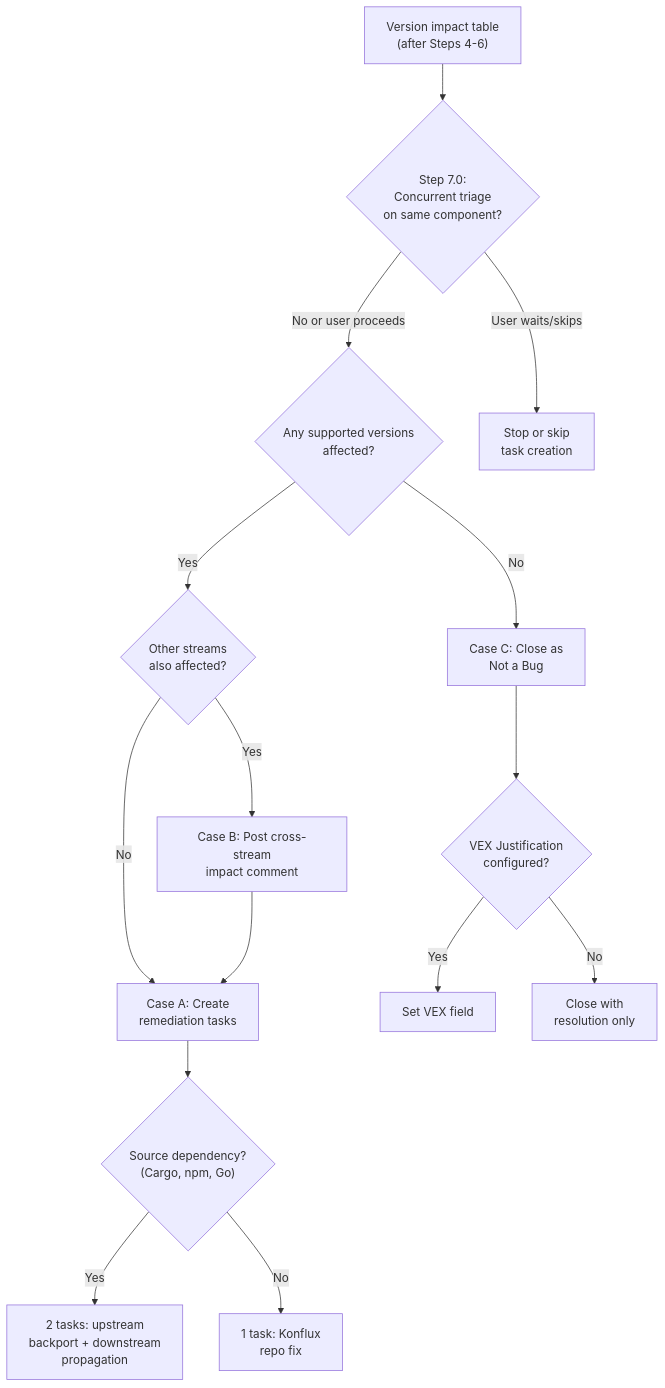
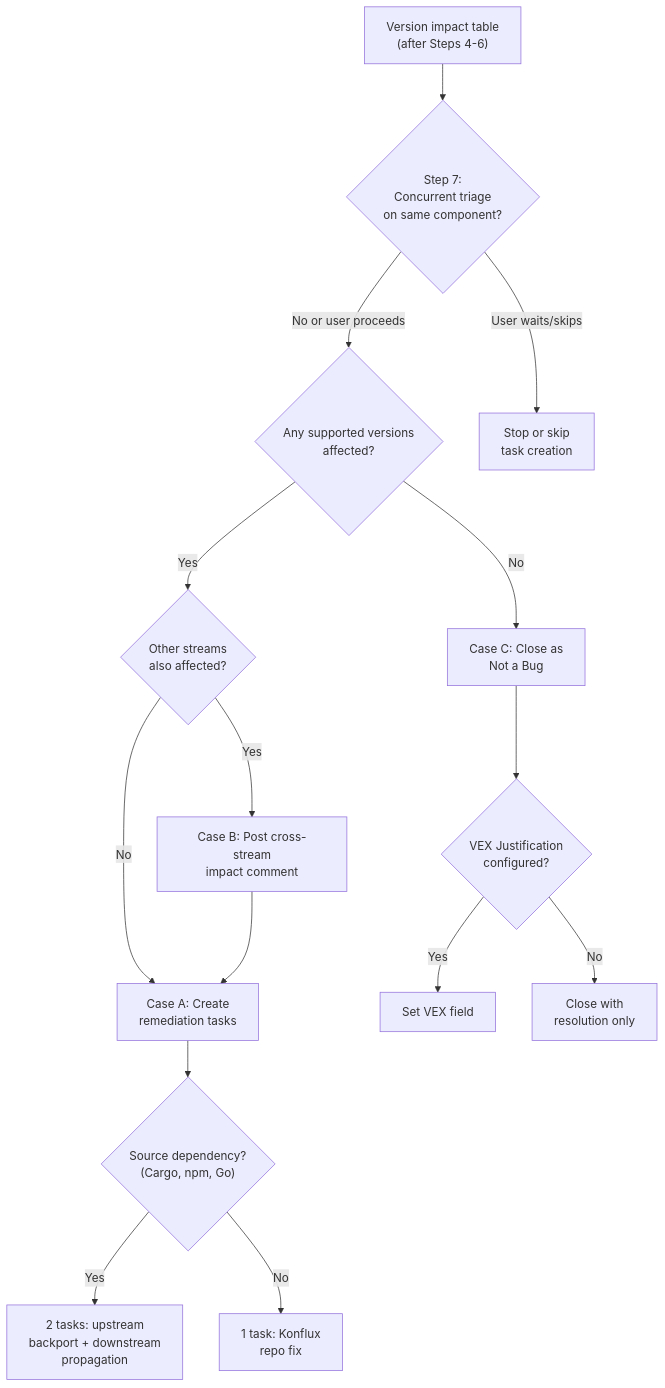
One commit to RHEcosystemAppEng/sdlc-plugins changed the third of 3 diagrams in plugins/sdlc-workflow/skills/triage-security/SKILL.md. Above: the diagram before and after it, drawn with Mermaid. The commit also changed other lines of this file and 4 other files, not shown here.

First line of the commit message:
fix(triage-security): renumber Step 7.0/7 to Step 7/8 for consistent sequencing

````diff
--- a/plugins/sdlc-workflow/skills/triage-security/SKILL.md
+++ b/plugins/sdlc-workflow/skills/triage-security/SKILL.md
@@ -537,17 +537,17 @@
 ```mermaid
 flowchart TD
-    A["Version impact table\n(after Steps 4-6)"] --> Z{"Step 7.0:\nConcurrent triage\non same component?"}
+    A["Version impact table\n(after Steps 4-6)"] --> Z{"Step 7:\nConcurrent triage\non same component?"}
     Z -->|No or user proceeds| B{"Any supported versions\naffected?"}
     Z -->|User waits/skips| STOP["Stop or skip\ntask creation"]
     B -->|Yes| C{"Other streams\nalso affected?"}
     B -->|No| D["Case C: Close as\nNot a Bug"]
     C -->|Yes| E["Case B: Post cross-stream\nimpact comment"]
     C -->|No| F["Case A: Create\nremediation tasks"]
     E --> F
     F --> G{"Source dependency?\n(Cargo, npm, Go)"}
     G -->|Yes| H["2 tasks: upstream\nbackport + downstream\npropagation"]
     G -->|No| I["1 task: Konflux\nrepo fix"]
     D --> J{"VEX Justification\nconfigured?"}
     J -->|Yes| K["Set VEX field"]
     J -->|No| L["Close with\nresolution only"]
 ```
````
